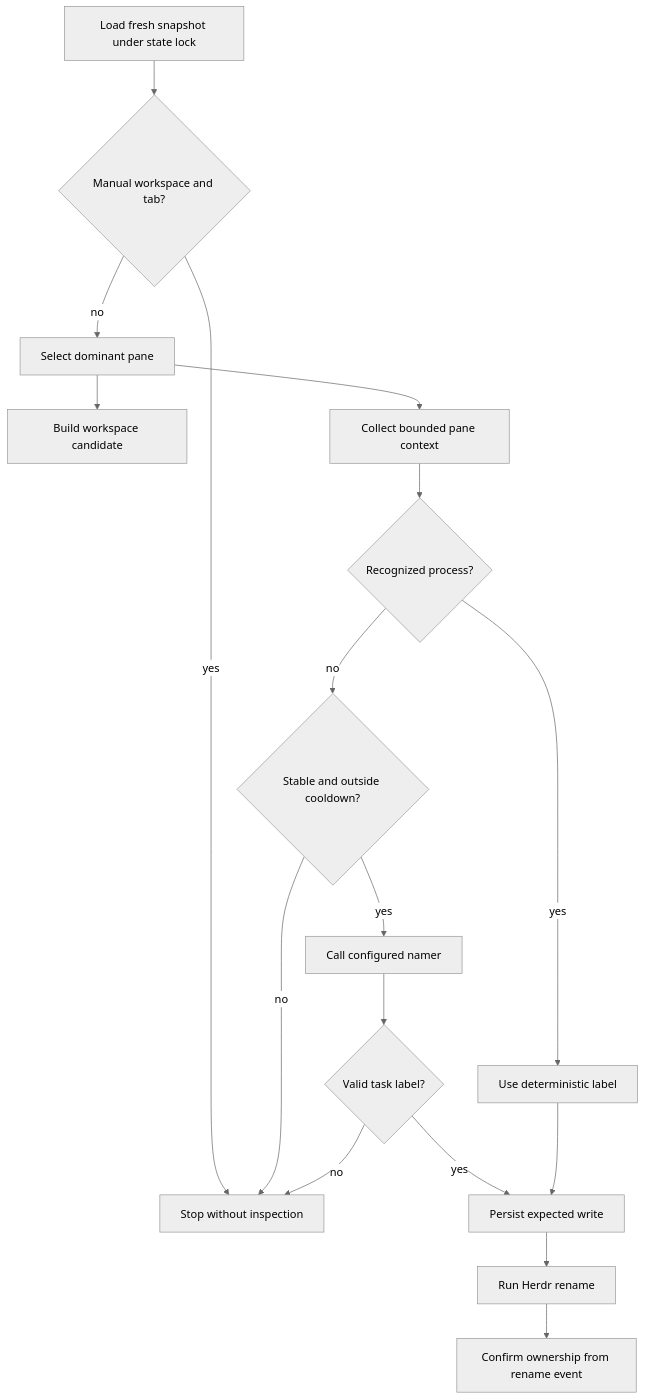
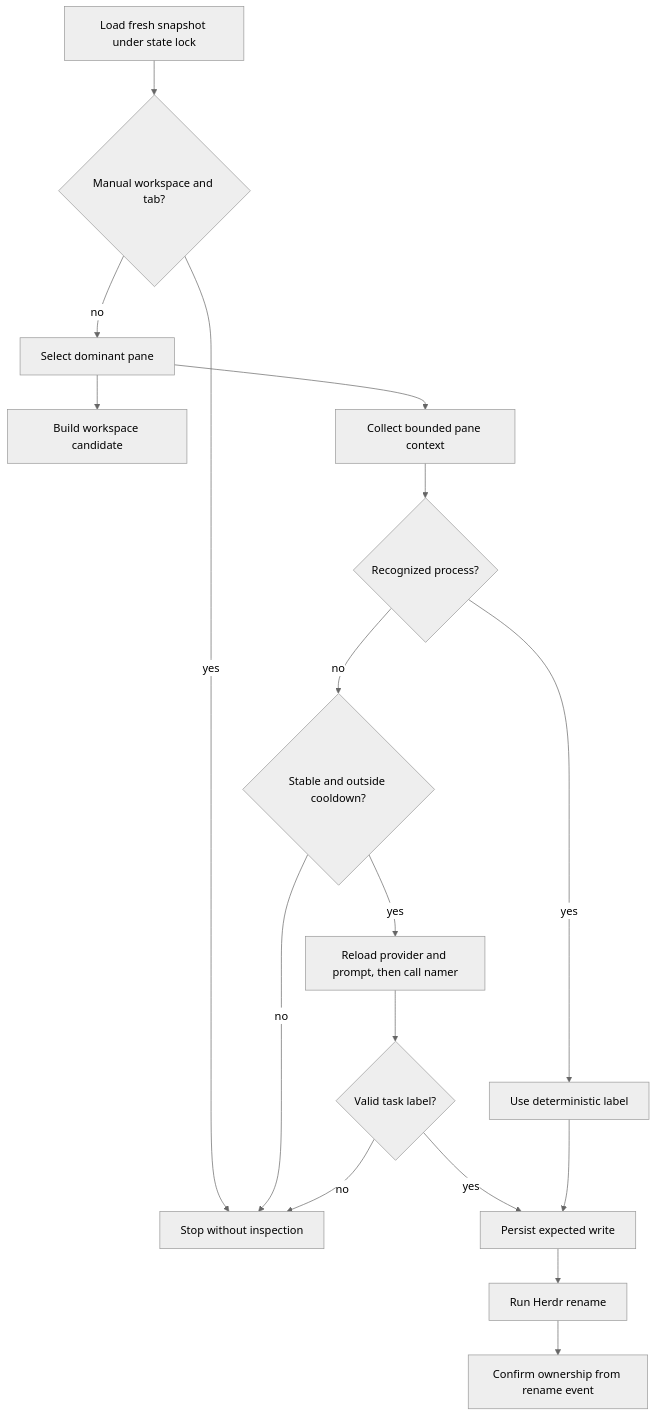
Before and after one commit to iurysza/herdr-tab-smart-rename: the second of 2 diagrams in ai-artifacts/ARCHITECTURE.md, drawn with Mermaid (neutral theme). The commit also changed other lines of this file and 2 other files, not shown here.

Commit message:
docs: explain provider and prompt customization

````diff
--- a/ai-artifacts/ARCHITECTURE.md
+++ b/ai-artifacts/ARCHITECTURE.md
@@ -86,19 +91,19 @@
 ```mermaid
 flowchart TD
     A[Load fresh snapshot under state lock] --> B{Manual workspace and tab?}
     B -- yes --> Z[Stop without inspection]
     B -- no --> C[Select dominant pane]
     C --> D[Build workspace candidate]
     C --> E[Collect bounded pane context]
     E --> F{Recognized process?}
     F -- yes --> G[Use deterministic label]
     F -- no --> H{Stable and outside cooldown?}
     H -- no --> Z
-    H -- yes --> I[Call configured namer]
+    H -- yes --> I[Reload provider and prompt, then call namer]
     I --> J{Valid task label?}
     J -- no --> Z
     J -- yes --> K[Persist expected write]
     G --> K
     K --> L[Run Herdr rename]
     L --> M[Confirm ownership from rename event]
 ```
````
